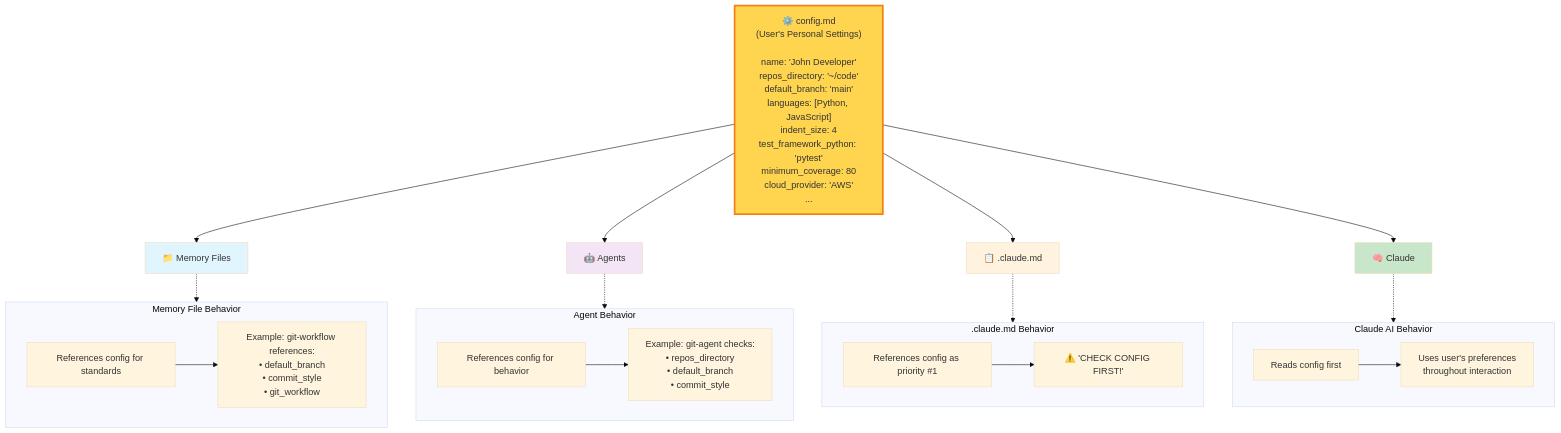
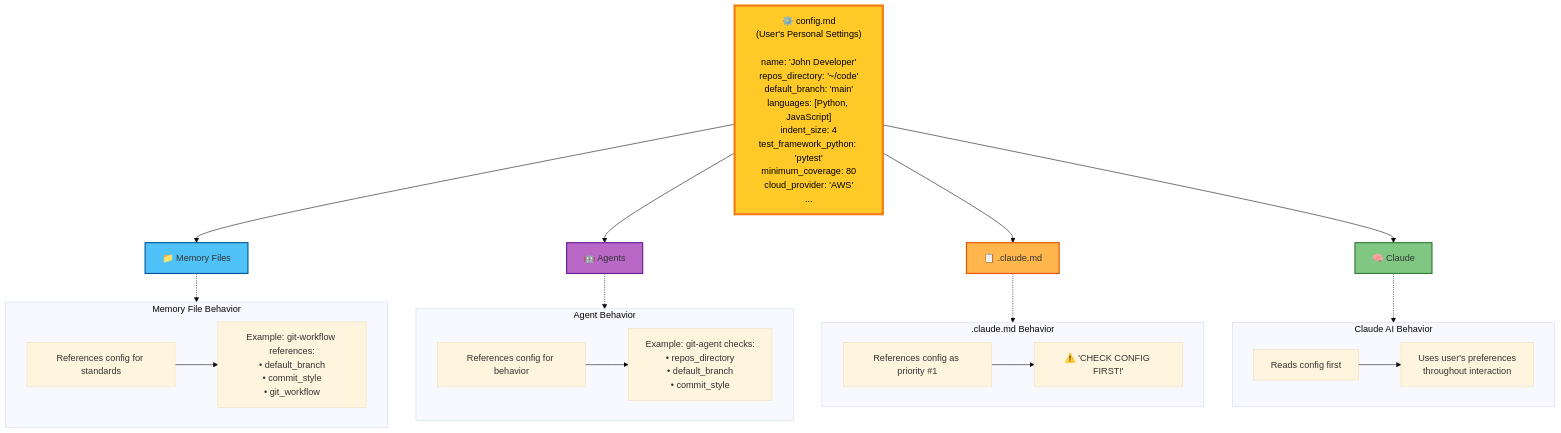
One commit to rhwendt/vaulty changed the third of 8 diagrams in INTERACTION-DIAGRAM.md. Above: the diagram before and after it, drawn with Mermaid (base theme). The commit also changed other lines of this file, not shown here.

First line of the commit message:
fix: Update interaction diagram for completeness and dark mode compatibility

````diff
--- a/INTERACTION-DIAGRAM.md
+++ b/INTERACTION-DIAGRAM.md
@@ -97,49 +97,49 @@
 ```mermaid
 flowchart TB
     Config["⚙️ config.md<br/>(User's Personal Settings)<br/><br/>name: 'John Developer'<br/>repos_directory: '~/code'<br/>default_branch: 'main'<br/>languages: [Python, JavaScript]<br/>indent_size: 4<br/>test_framework_python: 'pytest'<br/>minimum_coverage: 80<br/>cloud_provider: 'AWS'<br/>..."]
 
     Memory["📁 Memory Files"]
     Agents["🤖 Agents"]
     ClaudeMD["📋 .claude.md"]
     Claude["🧠 Claude"]
 
     Config --> Memory
     Config --> Agents
     Config --> ClaudeMD
     Config --> Claude
 
     subgraph MemoryDetails["Memory File Behavior"]
         MemRef["References config for standards"]
         MemEx["Example: git-workflow references:<br/>• default_branch<br/>• commit_style<br/>• git_workflow"]
         MemRef --> MemEx
     end
 
     subgraph AgentDetails["Agent Behavior"]
         AgentRef["References config for behavior"]
         AgentEx["Example: git-agent checks:<br/>• repos_directory<br/>• default_branch<br/>• commit_style"]
         AgentRef --> AgentEx
     end
 
     subgraph ClaudeDetails[".claude.md Behavior"]
         ClaudeRef["References config as priority #1"]
         ClaudeEx["⚠️ 'CHECK CONFIG FIRST!'"]
         ClaudeRef --> ClaudeEx
     end
 
     subgraph ClaudeAI["Claude AI Behavior"]
         ClaudeRead["Reads config first"]
         ClaudeUse["Uses user's preferences<br/>throughout interaction"]
         ClaudeRead --> ClaudeUse
     end
 
     Memory -.-> MemoryDetails
     Agents -.-> AgentDetails
     ClaudeMD -.-> ClaudeDetails
     Claude -.-> ClaudeAI
 
-    style Config fill:#ffd54f,stroke:#f57f17,stroke-width:3px
-    style Memory fill:#e1f5ff
-    style Agents fill:#f3e5f5
-    style ClaudeMD fill:#fff3e0
-    style Claude fill:#c8e6c9
+    style Config fill:#ffca28,stroke:#f57f17,stroke-width:4px,color:#000
+    style Memory fill:#4fc3f7,stroke:#01579b,stroke-width:2px
+    style Agents fill:#ba68c8,stroke:#6a1b9a,stroke-width:2px
+    style ClaudeMD fill:#ffb74d,stroke:#e65100,stroke-width:2px
+    style Claude fill:#81c784,stroke:#2e7d32,stroke-width:2px
 ```
````
